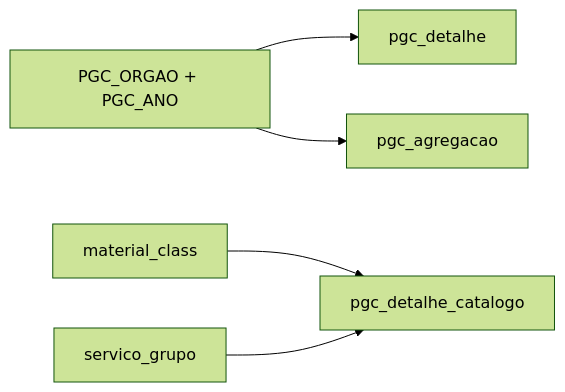
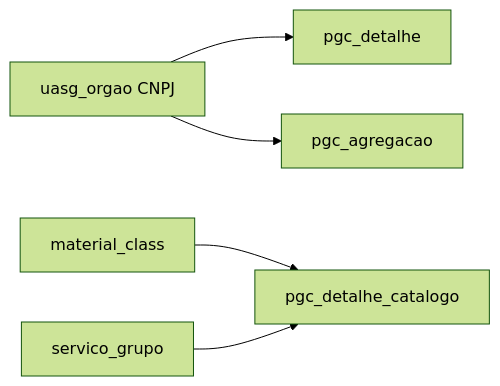
One commit to mpraes/open-gov-supply-chain-data changed the fifth of 8 diagrams in docs/architecture.md. Above: the diagram before and after it, drawn with Mermaid (forest theme). The commit also changed other lines of this file and 6 other files, not shown here.

First line of the commit message:
Update PGC ingestion process to utilize buyer CNPJ from `uasg_orgao` instead of `PGC_ORGAO` and `PGC_ANO`.

````diff
--- a/docs/architecture.md
+++ b/docs/architecture.md
@@ -151,7 +151,7 @@
 ```mermaid
 flowchart LR
-  ENV["PGC_ORGAO + PGC_ANO"] --> PD["pgc_detalhe"]
-  ENV --> PA["pgc_agregacao"]
+  O["uasg_orgao CNPJ"] --> PD["pgc_detalhe"]
+  O --> PA["pgc_agregacao"]
   MC["material_class"] --> PDC["pgc_detalhe_catalogo"]
   SG["servico_grupo"] --> PDC
 ```
````
